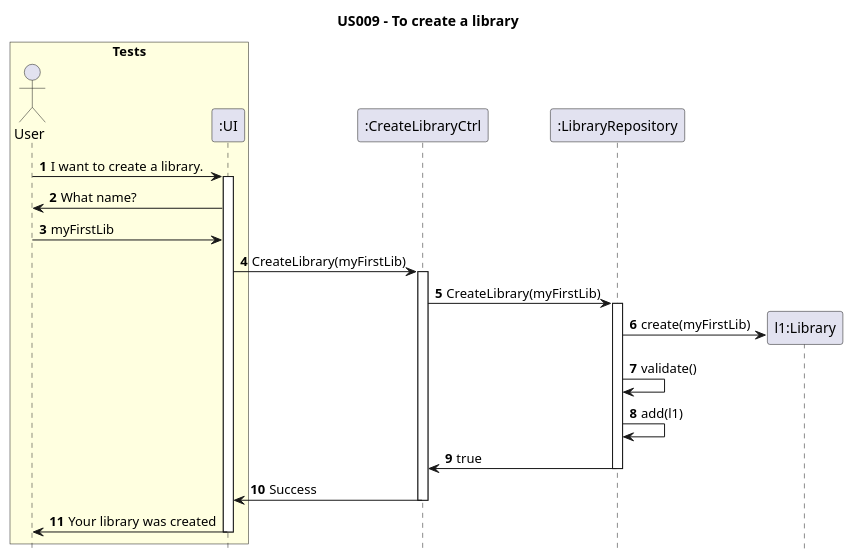
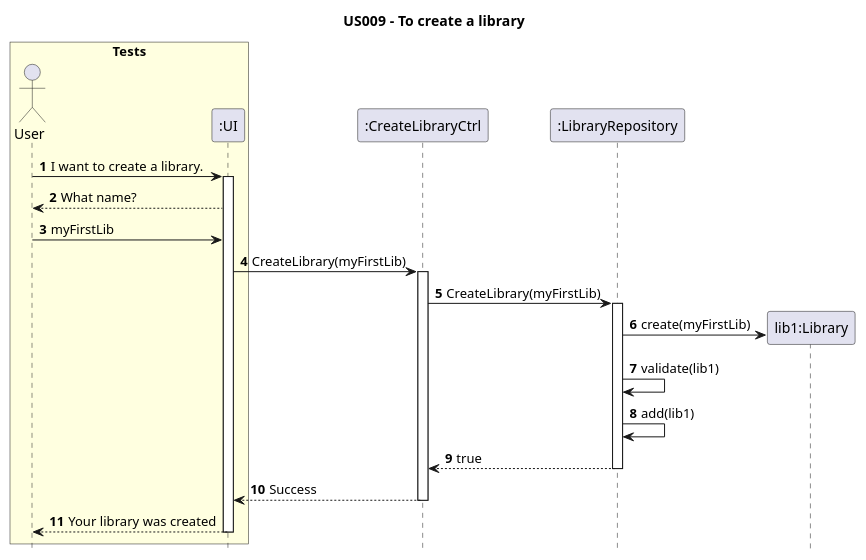
Before and after one commit to AndrePereiraGitH/SWitCH-Project-Team_A: the diagram in Diagrams/SequenceDiagrams/N2/US009-to-create-a-library.puml, drawn with PlantUML. The commit also changed 3 other files, not shown here.

Commit message:
Working on #31 and #32. Corrected previous diagrams and added class diagrams (@inesgiesteira)

```diff
--- a/Diagrams/SequenceDiagrams/N2/US009-to-create-a-library.puml
+++ b/Diagrams/SequenceDiagrams/N2/US009-to-create-a-library.puml
@@ -1,40 +1,40 @@
 @startuml
 hide footbox
 autonumber
 title US009 - To create a library
 
 box "Tests" #LightYellow
 actor User
 participant ":UI" as UI
 end box
 
 
 participant ":CreateLibraryCtrl" as Ctrl
 participant ":LibraryRepository" as LibraryRepo
 
 
 User -> UI : I want to create a library.
 activate UI
-UI -> User : What name?
+UI --> User : What name?
 User -> UI : myFirstLib
 
 UI -> Ctrl : CreateLibrary(myFirstLib)
 activate Ctrl
 Ctrl -> LibraryRepo : CreateLibrary(myFirstLib)
 activate LibraryRepo
 
-create "l1:Library" as Library
+create "lib1:Library" as Library
 LibraryRepo -> Library : create(myFirstLib)
 
-LibraryRepo -> LibraryRepo : validate()
-LibraryRepo -> LibraryRepo : add(l1)
+LibraryRepo -> LibraryRepo : validate(lib1)
+LibraryRepo -> LibraryRepo : add(lib1)
 
 
-LibraryRepo -> Ctrl : true
+LibraryRepo --> Ctrl : true
 deactivate LibraryRepo
-Ctrl -> UI : Success
+Ctrl --> UI : Success
 deactivate Ctrl
-UI -> User : Your library was created
+UI --> User : Your library was created
 deactivate UI
 
 @enduml
```
